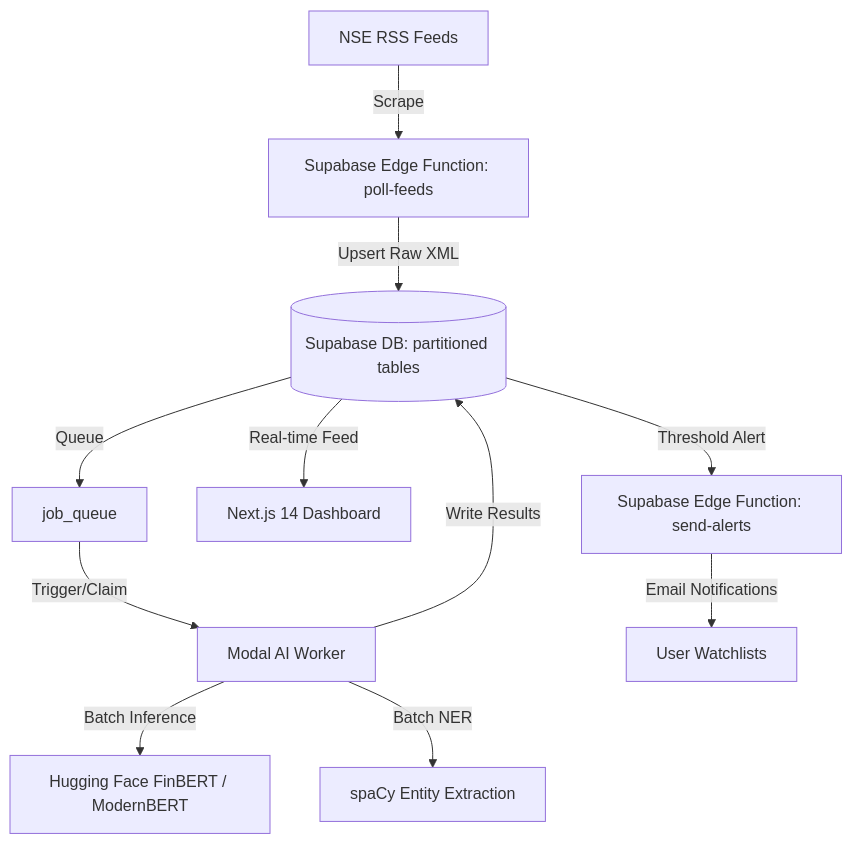
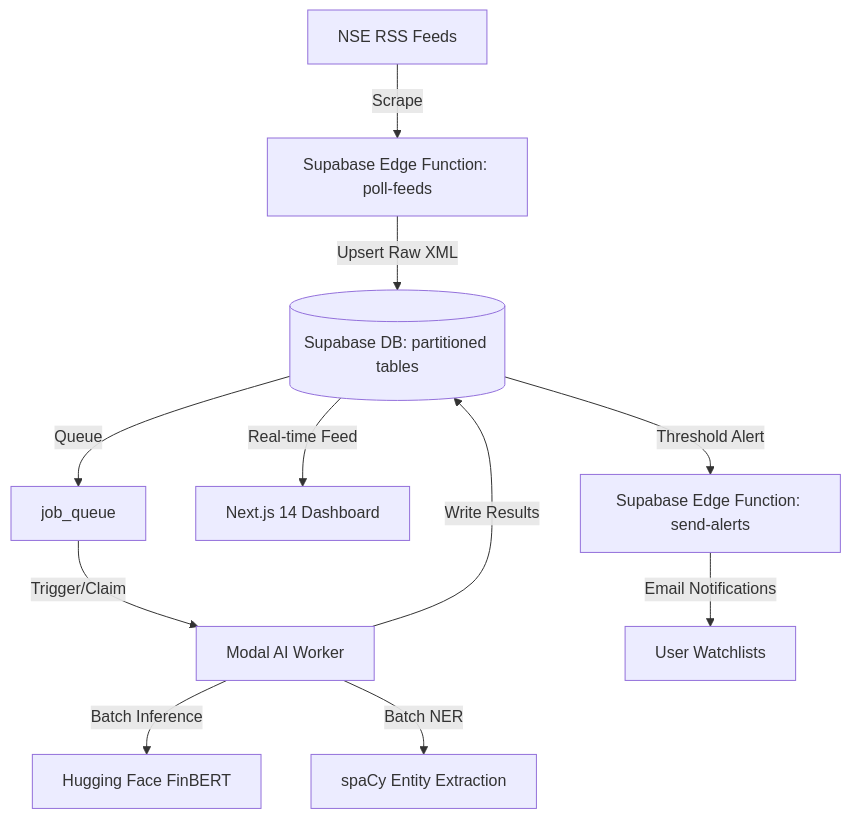
Before and after one commit to Mukeshwaran29/AI-News: the diagram in README.md, drawn with Mermaid. The commit also changed other lines of this file and 24 other files, not shown here.

````diff
--- a/README.md
+++ b/README.md
@@ -13,13 +13,13 @@
 ```mermaid
 graph TD
     RSS[NSE RSS Feeds] -->|Scrape| EdgeFunc[Supabase Edge Function: poll-feeds]
     EdgeFunc -->|Upsert Raw XML| DB[(Supabase DB: partitioned tables)]
     DB -->|Queue| Jobs[job_queue]
     Jobs -->|Trigger/Claim| Worker[Modal AI Worker]
-    Worker -->|Batch Inference| FinBERT[Hugging Face FinBERT / ModernBERT]
+    Worker -->|Batch Inference| FinBERT[Hugging Face FinBERT]
     Worker -->|Batch NER| spaCy[spaCy Entity Extraction]
     Worker -->|Write Results| DB
     DB -->|Real-time Feed| NextJS[Next.js 14 Dashboard]
     DB -->|Threshold Alert| Alerts[Supabase Edge Function: send-alerts]
     Alerts -->|Email Notifications| User[User Watchlists]
 ```
````
